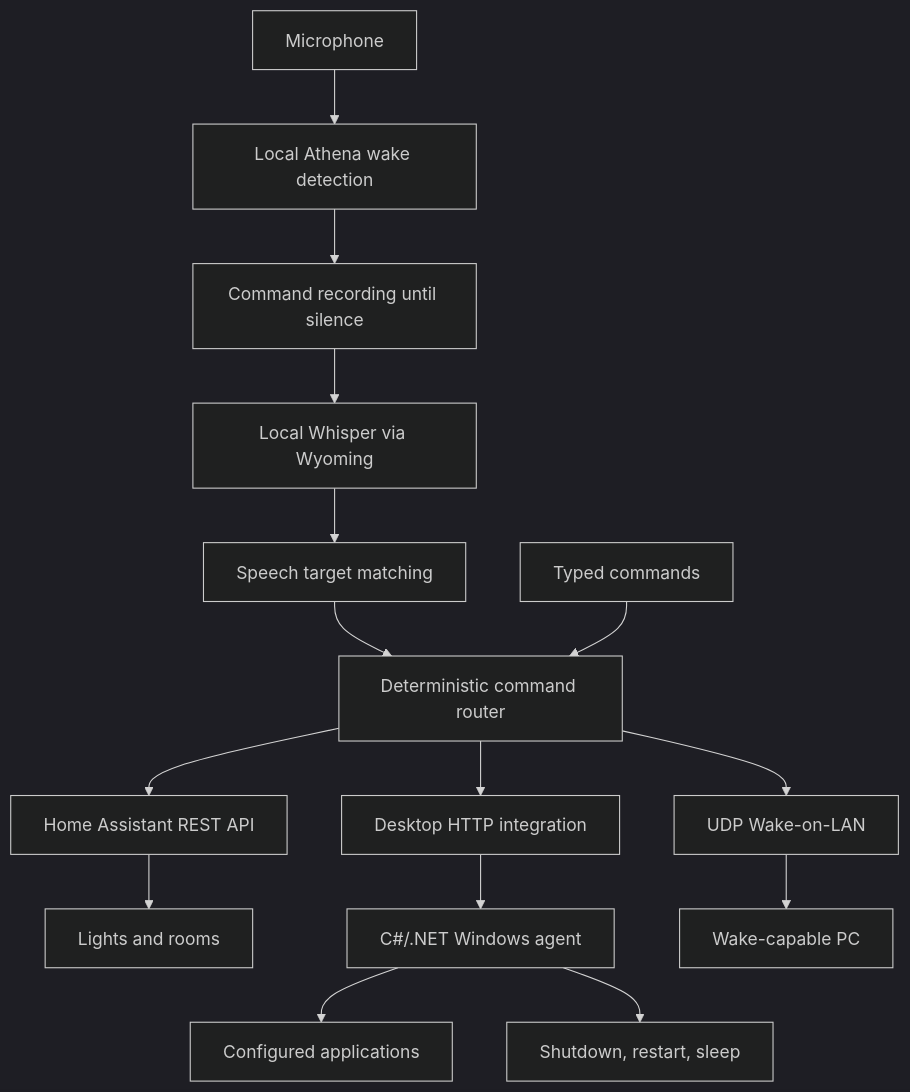
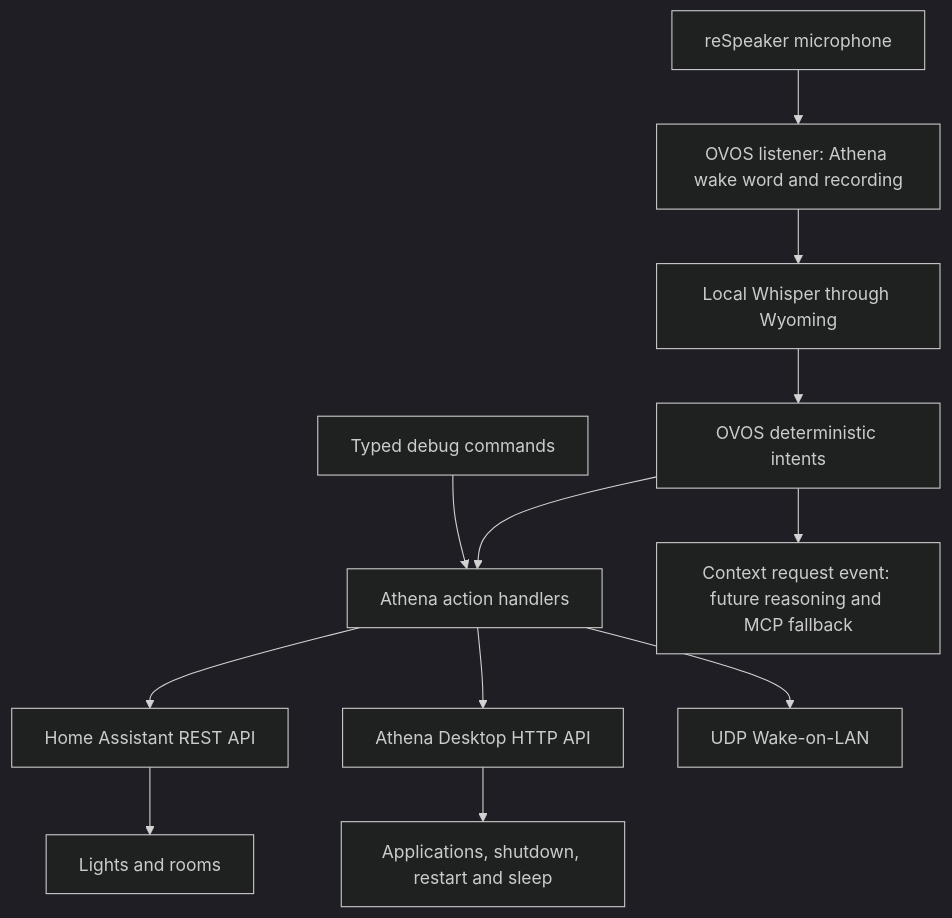
The diagram in readme.md (b-stha/athena), drawn with Mermaid (dark theme) before and after one commit. The commit also changed other lines of this file and 1 other file, not shown here.

Commit message:
update voice setup docs for OVOS

````diff
--- a/readme.md
+++ b/readme.md
@@ -7,17 +10,14 @@
 ```mermaid
 flowchart TD
-    Mic["Microphone"] --> Wake["Local Athena wake detection"]
-    Wake --> Capture["Command recording until silence"]
-    Capture --> STT["Local Whisper via Wyoming"]
-    STT --> Resolver["Speech target matching"]
-    Resolver --> Router["Deterministic command router"]
-    Text["Typed commands"] --> Router
-    Router --> HA["Home Assistant REST API"]
-    Router --> HTTP["Desktop HTTP integration"]
-    Router --> WOL["UDP Wake-on-LAN"]
-    HA --> Lights["Lights and rooms"]
-    HTTP --> Desktop["C#/.NET Windows agent"]
-    Desktop --> Apps["Configured applications"]
-    Desktop --> Power["Shutdown, restart, sleep"]
-    WOL --> PC["Wake-capable PC"]
+    Mic["reSpeaker microphone"] --> Listener["OVOS listener: Athena wake word and recording"]
+    Listener --> Whisper["Local Whisper through Wyoming"]
+    Whisper --> Intents["OVOS deterministic intents"]
+    Intents --> Handlers["Athena action handlers"]
+    Intents --> Context["Context request event: future reasoning and MCP fallback"]
+    Text["Typed debug commands"] --> Handlers
+    Handlers --> HA["Home Assistant REST API"]
+    Handlers --> Desktop["Athena Desktop HTTP API"]
+    Handlers --> WOL["UDP Wake-on-LAN"]
+    HA --> Home["Lights and rooms"]
+    Desktop --> Windows["Applications, shutdown, restart and sleep"]
 ```
````
